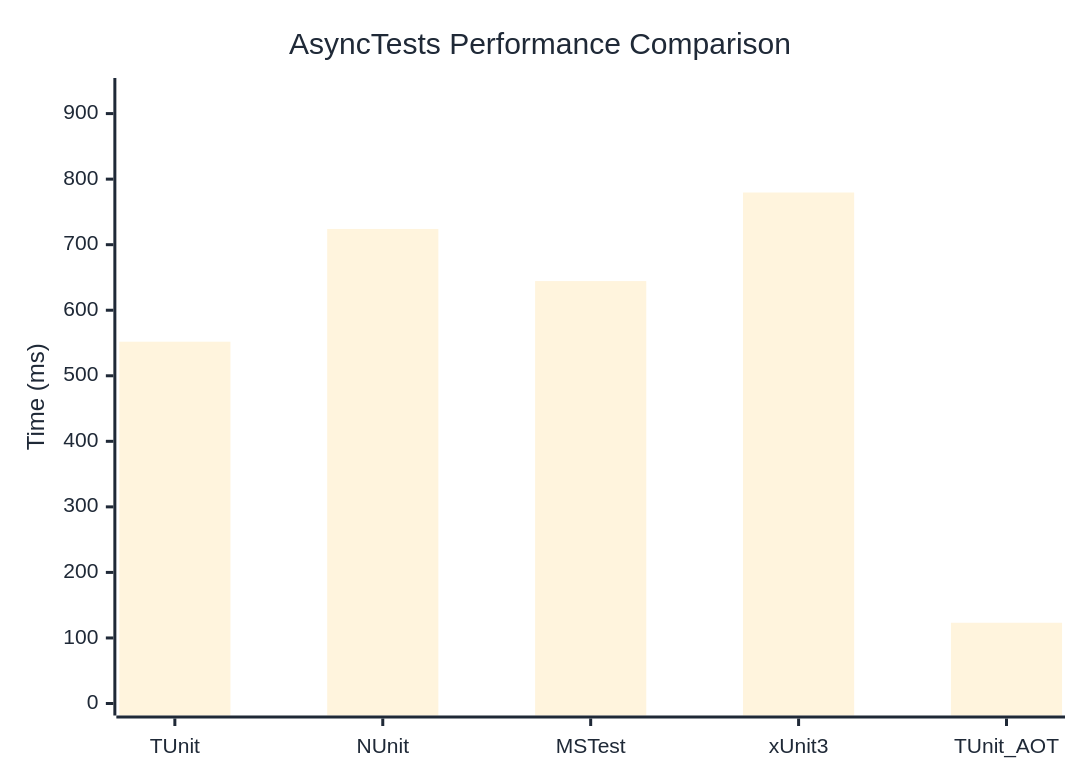
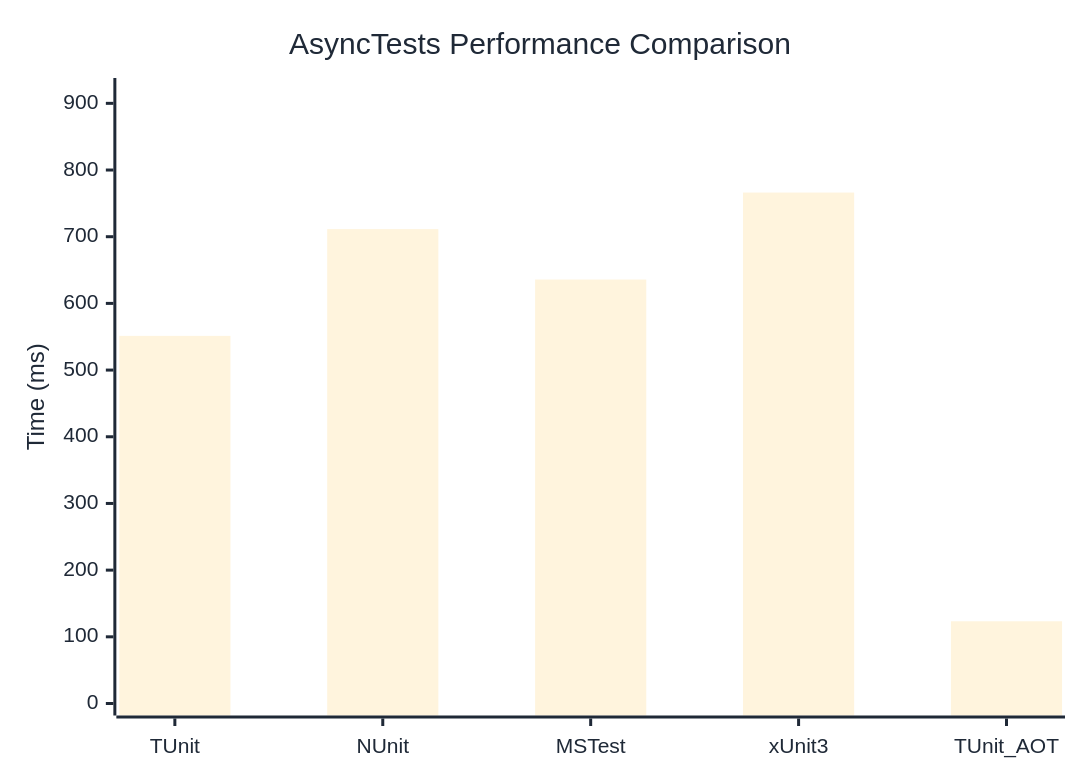
Before and after one commit to thomhurst/TUnit: the diagram in docs/docs/benchmarks/AsyncTests.md, drawn with Mermaid. The commit also changed other lines of this file and 17 other files, not shown here.

````diff
--- a/docs/docs/benchmarks/AsyncTests.md
+++ b/docs/docs/benchmarks/AsyncTests.md
@@ -27,37 +27,37 @@
 ```mermaid
 %%{init: {
   'theme':'base',
   'themeVariables': {
     'primaryColor': '#2563eb',
     'primaryTextColor': '#1f2937',
     'primaryBorderColor': '#1e40af',
     'lineColor': '#6b7280',
     'secondaryColor': '#7c3aed',
     'tertiaryColor': '#dc2626',
     'background': '#ffffff',
     'mainBkg': '#2563eb',
     'secondBkg': '#7c3aed',
     'tertiaryBkg': '#dc2626',
     'clusterBkg': '#f3f4f6',
     'edgeLabelBackground': '#ffffff',
     'tertiaryTextColor': '#1f2937',
     'pie1': '#2563eb',
     'pie2': '#7c3aed',
     'pie3': '#dc2626',
     'pie4': '#f59e0b',
     'pie5': '#10b981',
     'pie6': '#06b6d4',
     'pie7': '#ec4899',
     'pie8': '#6366f1',
     'pie9': '#84cc16',
     'pie10': '#f97316',
     'pie11': '#14b8a6',
     'pie12': '#a855f7'
   }
 }}%%
 xychart-beta
   title "AsyncTests Performance Comparison"
   x-axis ["TUnit", "NUnit", "MSTest", "xUnit3", "TUnit_AOT"]
-  y-axis "Time (ms)" 0 --> 936
-  bar [552, 724, 644.5, 779.6, 123.2]
+  y-axis "Time (ms)" 0 --> 920
+  bar [551.3, 711.4, 635.8, 766.2, 123.3]
 ```
````
